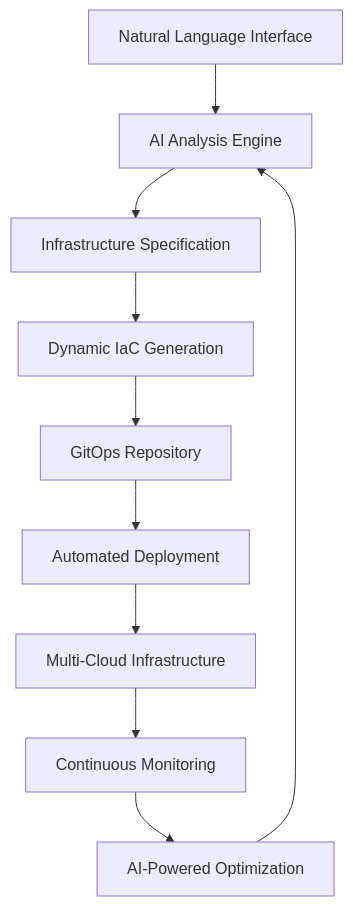
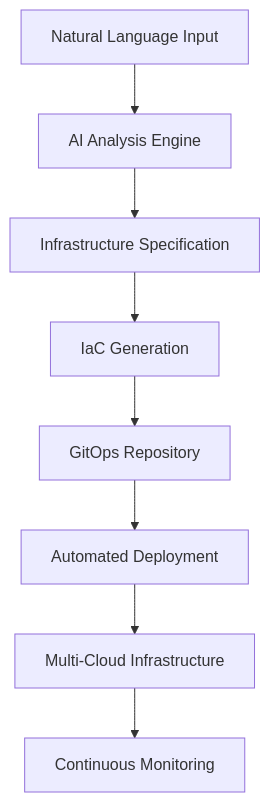
The diagram in README.md (edwardhallam/luma-engine), drawn with Mermaid before and after one commit. The commit also changed other lines of this file and 2 other files, not shown here.

````diff
--- a/README.md
+++ b/README.md
@@ -58,12 +52,10 @@
 ```mermaid
 graph TB
-    A[Natural Language Interface] --> B[AI Analysis Engine]
+    A[Natural Language Input] --> B[AI Analysis Engine]
     B --> C[Infrastructure Specification]
-    C --> D[Dynamic IaC Generation]
+    C --> D[IaC Generation]
     D --> E[GitOps Repository]
     E --> F[Automated Deployment]
     F --> G[Multi-Cloud Infrastructure]
     G --> H[Continuous Monitoring]
-    H --> I[AI-Powered Optimization]
-    I --> B
 ```
````
